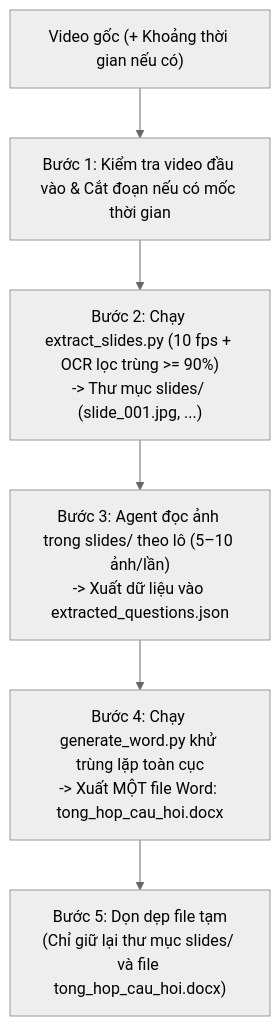
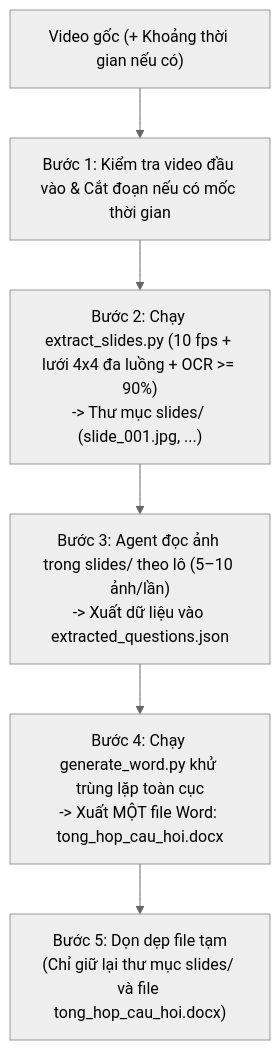
Before and after one commit to hoangphamphuc59/azotaFromVideo: the diagram in azotaFromVideo/SKILL.md, drawn with Mermaid (neutral theme). The commit also changed other lines of this file and 4 other files, not shown here.

````diff
--- a/azotaFromVideo/SKILL.md
+++ b/azotaFromVideo/SKILL.md
@@ -32,8 +33,8 @@
 ```mermaid
 flowchart TD
     A["Video gốc (+ Khoảng thời gian nếu có)"] --> B["Bước 1: Kiểm tra video đầu vào & Cắt đoạn nếu có mốc thời gian"]
-    B --> C["Bước 2: Chạy extract_slides.py (10 fps + OCR lọc trùng >= 90%)<br>-> Thư mục slides/ (slide_001.jpg, ...)"]
+    B --> C["Bước 2: Chạy extract_slides.py (10 fps + lưới 4x4 đa luồng + OCR >= 90%)<br>-> Thư mục slides/ (slide_001.jpg, ...)"]
     C --> D["Bước 3: Agent đọc ảnh trong slides/ theo lô (5–10 ảnh/lần)<br>-> Xuất dữ liệu vào extracted_questions.json"]
     D --> E["Bước 4: Chạy generate_word.py khử trùng lặp toàn cục<br>-> Xuất MỘT file Word: tong_hop_cau_hoi.docx"]
     E --> F["Bước 5: Dọn dẹp file tạm<br>(Chỉ giữ lại thư mục slides/ và file tong_hop_cau_hoi.docx)"]
 ```
````
